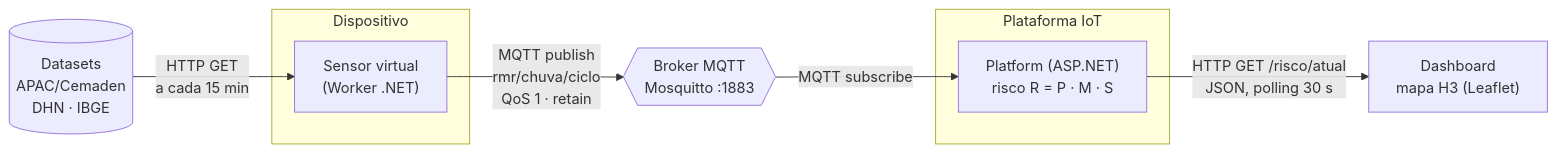
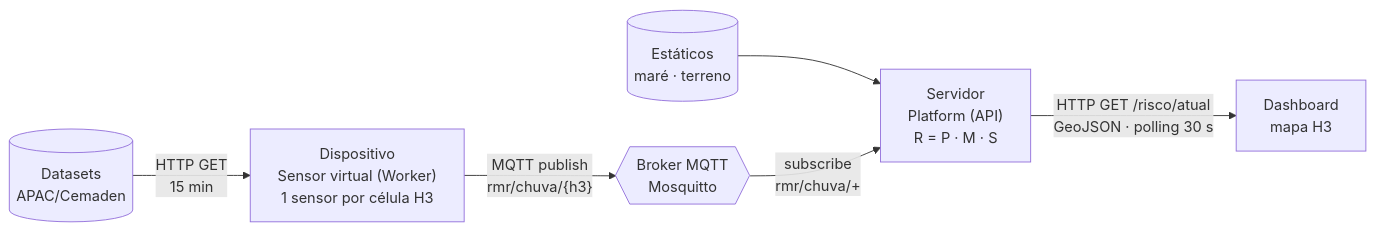
The diagram in docs/arquitetura.md (Vituriano/iot-virtual-sensor), drawn with Mermaid before and after one commit. The commit also changed other lines of this file and 1 other file, not shown here.

````diff
--- a/docs/arquitetura.md
+++ b/docs/arquitetura.md
@@ -11,13 +7,8 @@
 ```mermaid
 flowchart LR
-    DS[("Datasets<br/>APAC/Cemaden<br/>DHN · IBGE")] -->|HTTP GET<br/>a cada 15 min| S
-    subgraph Dispositivo
-        S["Sensor virtual<br/>(Worker .NET)"]
-    end
-    S -->|"MQTT publish<br/>rmr/chuva/ciclo<br/>QoS 1 · retain"| B{{"Broker MQTT<br/>Mosquitto :1883"}}
-    B -->|MQTT subscribe| P
-    subgraph Plataforma IoT
-        P["Platform (ASP.NET)<br/>risco R = P · M · S"]
-    end
-    P -->|"HTTP GET /risco/atual<br/>JSON, polling 30 s"| D["Dashboard<br/>mapa H3 (Leaflet)"]
+    DS[("Datasets<br/>APAC/Cemaden")] -->|"HTTP GET<br/>15 min"| S
+    ST[("Estáticos<br/>maré · terreno")] --> P
+    S["Dispositivo<br/>Sensor virtual (Worker)<br/>1 sensor por célula H3"] -->|"MQTT publish<br/>rmr/chuva/{h3}"| B{{"Broker MQTT<br/>Mosquitto"}}
+    B -->|"subscribe<br/>rmr/chuva/+"| P["Servidor<br/>Platform (API)<br/>R = P · M · S"]
+    P -->|"HTTP GET /risco/atual<br/>GeoJSON · polling 30 s"| D["Dashboard<br/>mapa H3"]
 ```
````
